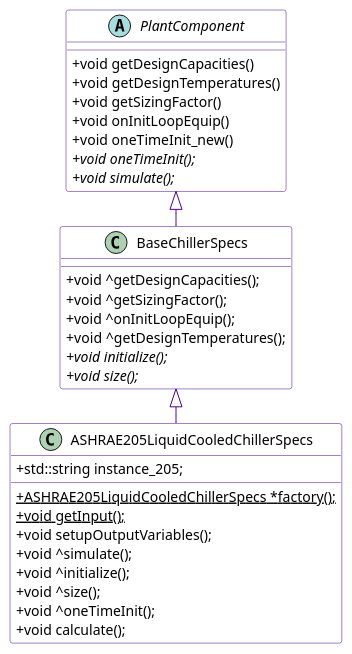
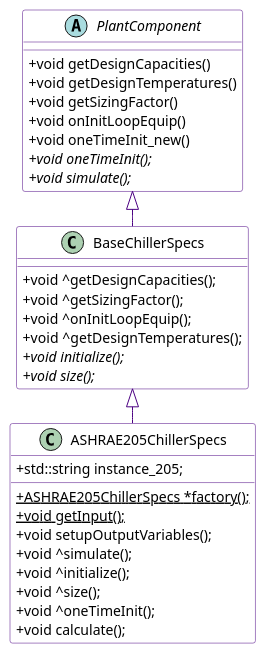
One commit to NREL/EnergyPlus changed the diagram in design/FY2022/NFP-ASHRAE205-Chillers.plantuml. Above: the diagram before and after it, drawn with PlantUML. The commit also changed 2 other files, not shown here.

```diff
--- a/design/FY2022/NFP-ASHRAE205-Chillers.plantuml
+++ b/design/FY2022/NFP-ASHRAE205-Chillers.plantuml
@@ -1,53 +1,53 @@
 @startuml
 left to right direction
 
 skinparam shadowing false
 skinparam class {
 	BorderColor Indigo
 	BackgroundColor White
 	ArrowColor Indigo
 }
 skinparam note {
 	BorderColor Indigo
    BorderThickness 2
    BackgroundColor #F5F5F5
 }
 skinparam stereotypeCBackgroundColor LightSteelBlue
 skinparam classAttributeIconSize      0
 
-class ASHRAE205LiquidCooledChillerSpecs {
+class ASHRAE205ChillerSpecs {
    + std::string instance_205;
    __
-   + {static} ASHRAE205LiquidCooledChillerSpecs *factory();
+   + {static} ASHRAE205ChillerSpecs *factory();
    + {static} void getInput();
    + void setupOutputVariables();
    + void ^simulate();
    + void ^initialize();
    + void ^size();
    + void ^oneTimeInit();
    + void calculate();
 }
 
 class BaseChillerSpecs {
    + void ^getDesignCapacities();
    + void ^getSizingFactor();
    + void ^onInitLoopEquip();
    + void ^getDesignTemperatures();
    + {abstract} void initialize();
    + {abstract} void size();
 }
 
 abstract class PlantComponent {
    + void getDesignCapacities()
    + void getDesignTemperatures()
    + void getSizingFactor()
    + void onInitLoopEquip()
    + void oneTimeInit_new()
    + {abstract} void oneTimeInit();
    + {abstract} void simulate();
 }
 
-BaseChillerSpecs <|- ASHRAE205LiquidCooledChillerSpecs
+BaseChillerSpecs <|- ASHRAE205ChillerSpecs
 PlantComponent <|- BaseChillerSpecs
 
 @enduml
```
